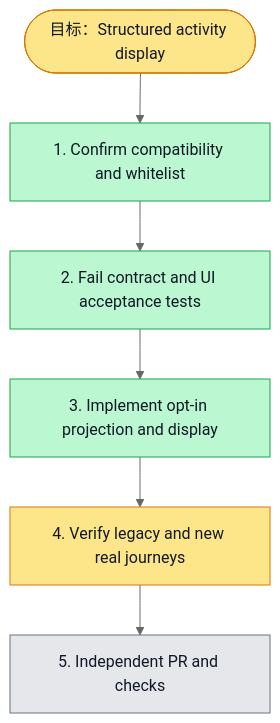
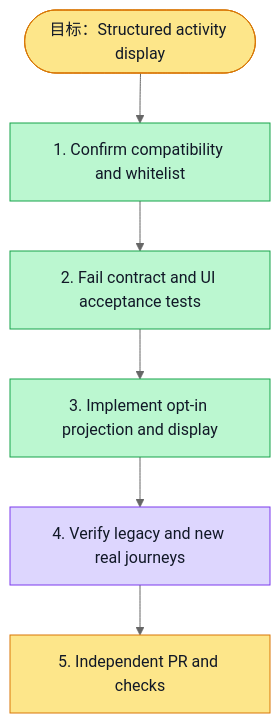
One commit to boardx/workspacex changed the diagram in docs/design/i18n-activity/execution-plan.md. Above: the diagram before and after it, drawn with Mermaid (neutral theme). The commit also changed 14 other files, not shown here.

Commit message:
test(i18n): record structured activity compatibility and browser evidence

````diff
--- a/docs/design/i18n-activity/execution-plan.md
+++ b/docs/design/i18n-activity/execution-plan.md
@@ -17,24 +17,25 @@
 ```mermaid
 flowchart TD
   G([目标：Structured activity display])
   S1[1. Confirm compatibility and whitelist]
   S2[2. Fail contract and UI acceptance tests]
   S3[3. Implement opt-in projection and display]
   S4[4. Verify legacy and new real journeys]
   S5[5. Independent PR and checks]
 
   G --> S1 --> S2 --> S3 --> S4 --> S5
 
   classDef todo fill:#e5e7eb,stroke:#6b7280,color:#111827
   classDef doing fill:#fde68a,stroke:#d97706,color:#111827
   classDef done fill:#bbf7d0,stroke:#16a34a,color:#111827
   classDef tested fill:#ddd6fe,stroke:#7c3aed,color:#111827
   classDef blocked fill:#fecaca,stroke:#dc2626,color:#111827
 
   class G doing
   class S1 done
   class S2 done
   class S3 done
-  class S4 doing
-  class S5 todo
+  class S4 tested
+  %% evidence S4: 8contract +11API +24UI; real HTTP/browser passed incl cleanup; evidence/i18n-activity-6145; final push gate pending
+  class S5 doing
 ```
````
